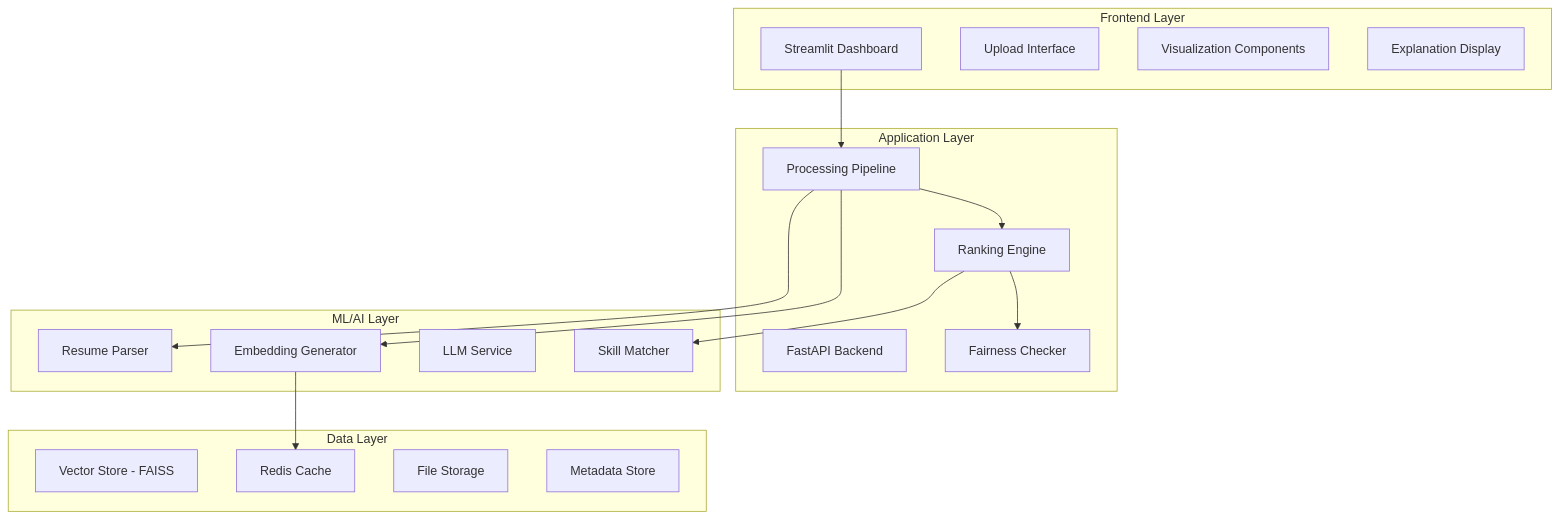
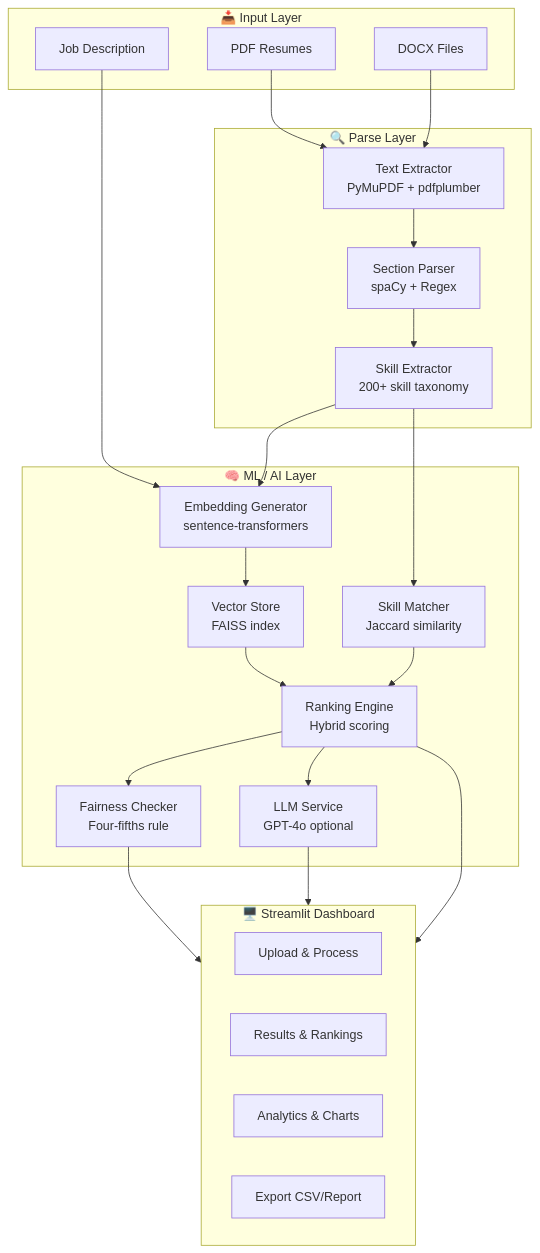
One commit to kunal-gh/assignment changed the diagram in README.md. Above: the diagram before and after it, drawn with Mermaid. The commit also changed other lines of this file, not shown here.

````diff
--- a/README.md
+++ b/README.md
@@ -33,38 +157,44 @@
 ```mermaid
 graph TB
-    subgraph "Frontend Layer"
-        UI[Streamlit Dashboard]
-        UP[Upload Interface]
-        VIZ[Visualization Components]
-        EXP[Explanation Display]
+    subgraph Input["📥 Input Layer"]
+        PDF[PDF Resumes]
+        DOCX[DOCX Files]
+        JD[Job Description]
     end
-    
-    subgraph "Application Layer"
-        API[FastAPI Backend]
-        PROC[Processing Pipeline]
-        RANK[Ranking Engine]
-        FAIR[Fairness Checker]
+
+    subgraph Parse["🔍 Parse Layer"]
+        TE[Text Extractor<br/>PyMuPDF + pdfplumber]
+        SP[Section Parser<br/>spaCy + Regex]
+        SE[Skill Extractor<br/>200+ skill taxonomy]
     end
-    
-    subgraph "ML/AI Layer"
-        PARSE[Resume Parser]
-        EMB[Embedding Generator]
-        LLM[LLM Service]
-        MATCH[Skill Matcher]
+
+    subgraph ML["🧠 ML / AI Layer"]
+        EG[Embedding Generator<br/>sentence-transformers]
+        VS[Vector Store<br/>FAISS index]
+        RE[Ranking Engine<br/>Hybrid scoring]
+        SM[Skill Matcher<br/>Jaccard similarity]
+        FC[Fairness Checker<br/>Four-fifths rule]
+        LLM[LLM Service<br/>GPT-4o optional]
     end
-    
-    subgraph "Data Layer"
-        VSTORE[Vector Store - FAISS]
-        CACHE[Redis Cache]
-        FILES[File Storage]
-        META[Metadata Store]
+
+    subgraph UI["🖥️ Streamlit Dashboard"]
+        UP[Upload & Process]
+        RES[Results & Rankings]
+        ANAL[Analytics & Charts]
+        EXP[Export CSV/Report]
     end
-    
-    UI --> PROC
-    PROC --> PARSE
-    PROC --> EMB
-    PROC --> RANK
-    RANK --> MATCH
-    RANK --> FAIR
-    EMB --> CACHE
+
+    PDF --> TE
+    DOCX --> TE
+    TE --> SP --> SE
+    JD --> EG
+    SE --> EG
+    EG --> VS
+    VS --> RE
+    SE --> SM --> RE
+    RE --> FC
+    RE --> LLM
+    FC --> UI
+    LLM --> UI
+    RE --> UI
 ```
````
